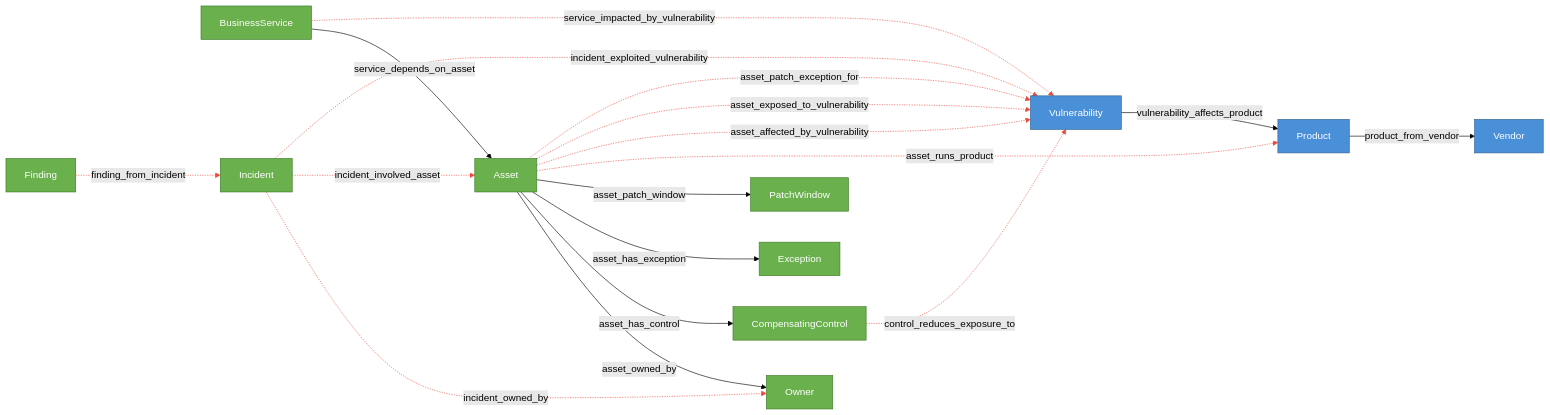
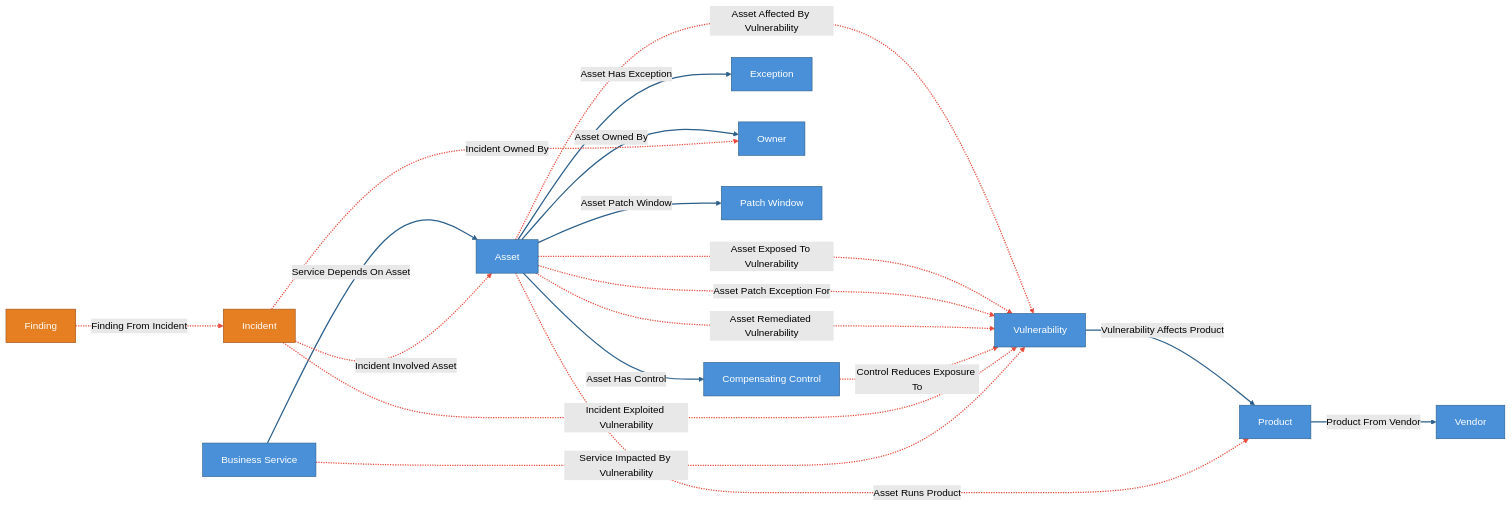
The first of 3 diagrams in demos/kev-triage/README.md (cruxible-ai/cruxible-core), drawn with Mermaid (forest theme) before and after one commit. The commit also changed other lines of this file and 3 other files, not shown here.

Commit message:
Document generated config views in onboarding flows

````diff
--- a/demos/kev-triage/README.md
+++ b/demos/kev-triage/README.md
@@ -32,45 +40,43 @@
 ```mermaid
-graph LR
-  classDef ref fill:#4a90d9,stroke:#2c5f8a,color:#fff
-  classDef fork fill:#6ab04c,stroke:#3d7a28,color:#fff
+flowchart LR
+  classDef canonicalEntity fill:#4a90d9,stroke:#2c5f8a,color:#fff
+  classDef governedEntity fill:#e67e22,stroke:#a0521c,color:#fff
 
-  %% Reference layer entities
-  Vendor:::ref
-  Product:::ref
-  Vulnerability:::ref
+  entity_Asset["Asset"]
+  entity_BusinessService["Business Service"]
+  entity_CompensatingControl["Compensating Control"]
+  entity_Exception["Exception"]
+  entity_Finding["Finding"]
+  entity_Incident["Incident"]
+  entity_Owner["Owner"]
+  entity_PatchWindow["Patch Window"]
+  entity_Product["Product"]
+  entity_Vendor["Vendor"]
+  entity_Vulnerability["Vulnerability"]
+  class entity_Asset,entity_BusinessService,entity_CompensatingControl,entity_Exception,entity_Owner,entity_PatchWindow,entity_Product,entity_Vendor,entity_Vulnerability canonicalEntity
+  class entity_Finding,entity_Incident governedEntity
 
-  %% Fork entities
-  Asset:::fork
-  BusinessService:::fork
-  Owner:::fork
-  CompensatingControl:::fork
-  Exception:::fork
-  PatchWindow:::fork
-  Incident:::fork
-  Finding:::fork
+  %% Deterministic canonical relationships
+  entity_Asset -- "Asset Has Control" --> entity_CompensatingControl
+  entity_Asset -- "Asset Has Exception" --> entity_Exception
+  entity_Asset -- "Asset Owned By" --> entity_Owner
+  entity_Asset -- "Asset Patch Window" --> entity_PatchWindow
+  entity_Product -- "Product From Vendor" --> entity_Vendor
+  entity_BusinessService -- "Service Depends On Asset" --> entity_Asset
+  entity_Vulnerability -- "Vulnerability Affects Product" --> entity_Product
 
-  %% Reference relationships (deterministic)
-  Product -->|product_from_vendor| Vendor
-  Vulnerability -->|vulnerability_affects_product| Product
-
-  %% Fork deterministic relationships
-  BusinessService -->|service_depends_on_asset| Asset
-  Asset -->|asset_owned_by| Owner
-  Asset -->|asset_has_control| CompensatingControl
-  Asset -->|asset_has_exception| Exception
-  Asset -->|asset_patch_window| PatchWindow
-
-  %% Governed relationships (cross-layer and judgment)
-  Asset -.->|asset_runs_product| Product
-  Asset -.->|asset_affected_by_vulnerability| Vulnerability
-  Asset -.->|asset_exposed_to_vulnerability| Vulnerability
-  BusinessService -.->|service_impacted_by_vulnerability| Vulnerability
-  Asset -.->|asset_patch_exception_for| Vulnerability
-  CompensatingControl -.->|control_reduces_exposure_to| Vulnerability
-  Incident -.->|incident_owned_by| Owner
-  Incident -.->|incident_involved_asset| Asset
-  Incident -.->|incident_exploited_vulnerability| Vulnerability
-  Finding -.->|finding_from_incident| Incident
-
-  linkStyle 7,8,9,10,11,12,13,14,15,16 stroke:#e74c3c
+  %% Governed proposal/review relationships
+  entity_Asset -. "Asset Affected By Vulnerability" .-> entity_Vulnerability
+  entity_Asset -. "Asset Exposed To Vulnerability" .-> entity_Vulnerability
+  entity_Asset -. "Asset Patch Exception For" .-> entity_Vulnerability
+  entity_Asset -. "Asset Remediated Vulnerability" .-> entity_Vulnerability
+  entity_Asset -. "Asset Runs Product" .-> entity_Product
+  entity_CompensatingControl -. "Control Reduces Exposure To" .-> entity_Vulnerability
+  entity_Finding -. "Finding From Incident" .-> entity_Incident
+  entity_Incident -. "Incident Exploited Vulnerability" .-> entity_Vulnerability
+  entity_Incident -. "Incident Involved Asset" .-> entity_Asset
+  entity_Incident -. "Incident Owned By" .-> entity_Owner
+  entity_BusinessService -. "Service Impacted By Vulnerability" .-> entity_Vulnerability
+  linkStyle 0,1,2,3,4,5,6 stroke:#2c5f8a,stroke-width:2px
+  linkStyle 7,8,9,10,11,12,13,14,15,16,17 stroke:#e74c3c,stroke-width:2px
 ```
````
